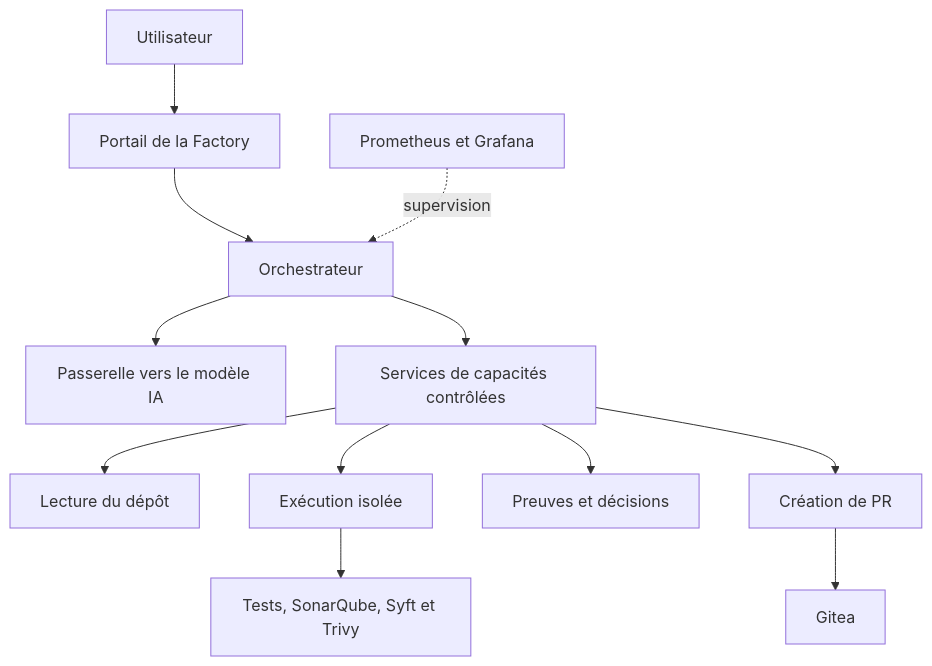
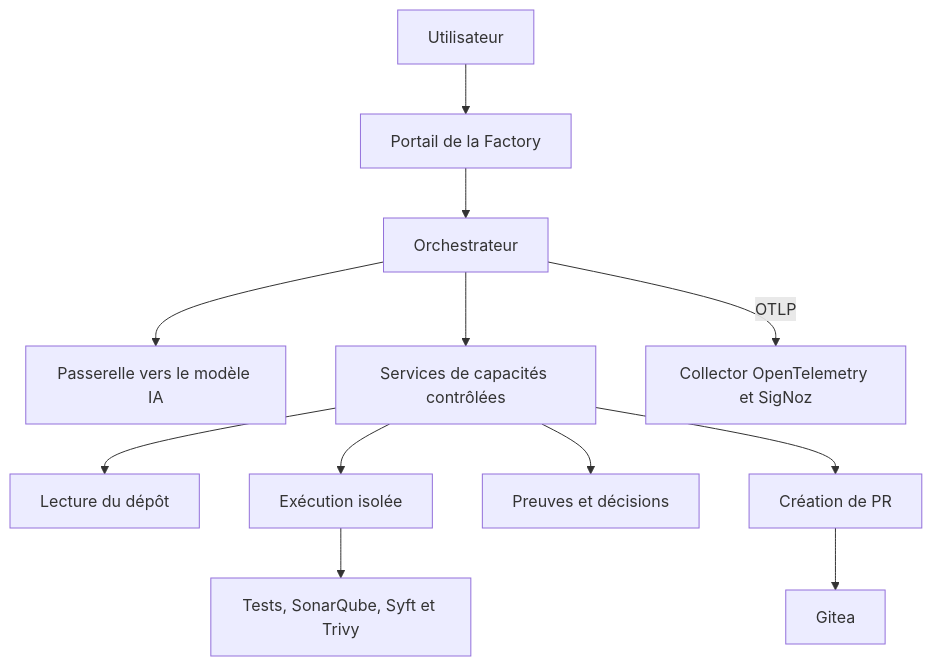
One commit to dbeaumont/ai-software-factory-local changed the fifth of 13 diagrams in docs/overview/executive-summary.md. Above: the diagram before and after it, drawn with Mermaid. The commit also changed other lines of this file and 19 other files, not shown here.

````diff
--- a/docs/overview/executive-summary.md
+++ b/docs/overview/executive-summary.md
@@ -128,16 +128,16 @@
 ```mermaid
 flowchart TB
   USER[Utilisateur] --> WEB[Portail de la Factory]
   WEB --> ORCH[Orchestrateur]
   ORCH --> MODEL[Passerelle vers le modèle IA]
   ORCH --> MCP[Services de capacités contrôlées]
 
   MCP --> CONTEXT[Lecture du dépôt]
   MCP --> SANDBOX[Exécution isolée]
   MCP --> EVIDENCE[Preuves et décisions]
   MCP --> SCM[Création de PR]
 
   SANDBOX --> QUALITY[Tests, SonarQube, Syft et Trivy]
   SCM --> GIT[Gitea]
-  OBS[Prometheus et Grafana] -. supervision .-> ORCH
+  ORCH -->|OTLP| OBS[Collector OpenTelemetry et SigNoz]
 ```
````
